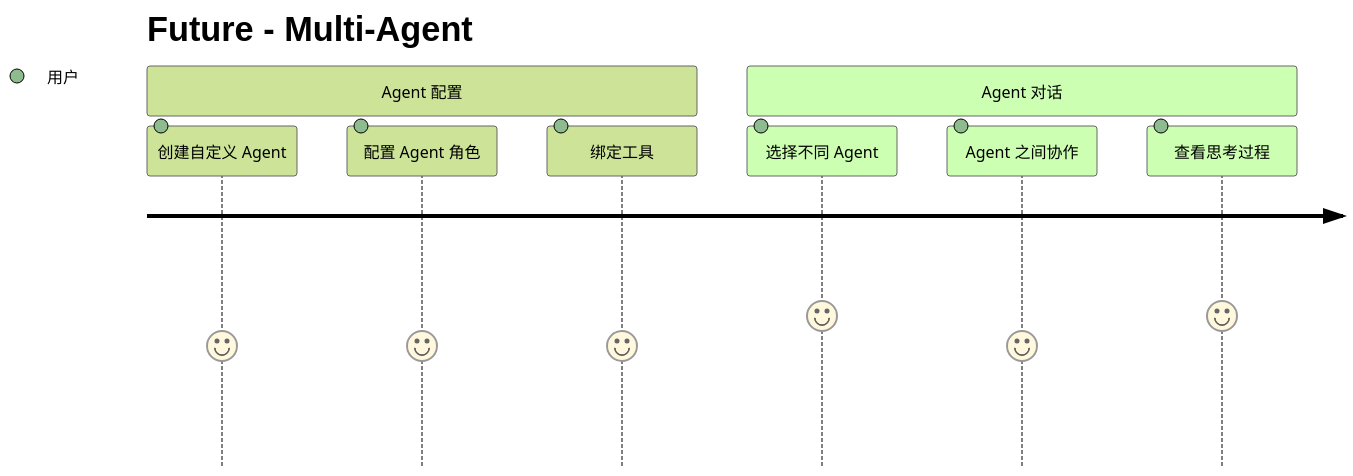
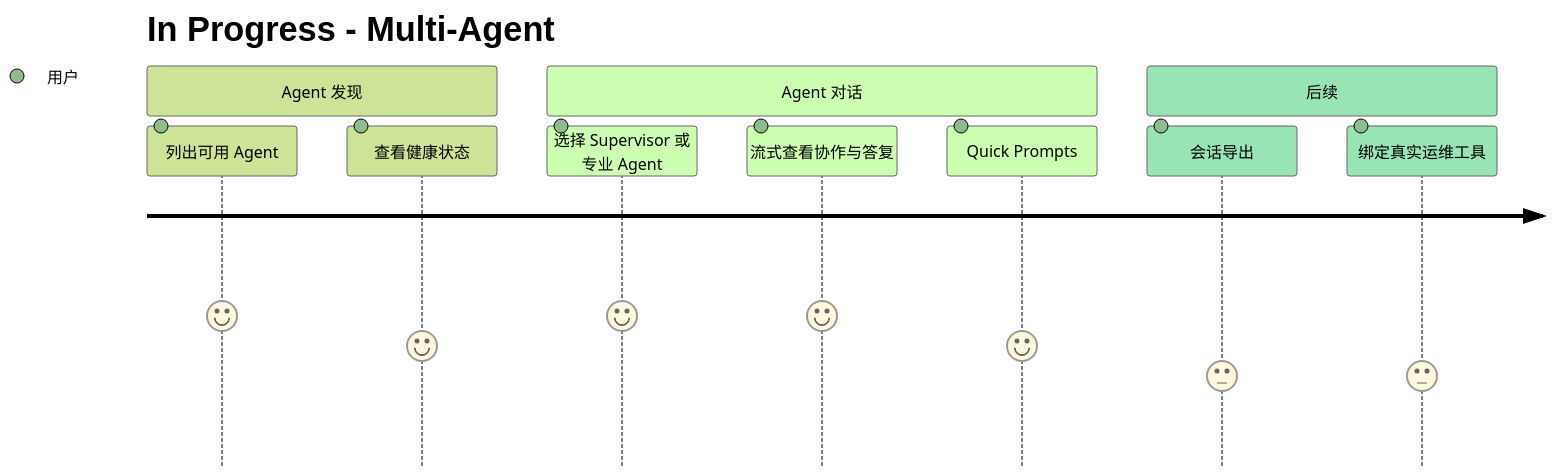
Before and after one commit to felixzhu97/explore-ai: diagram 15 of 16 in docs/User-Story-Map.md, drawn with Mermaid (forest theme). The commit also changed other lines of this file and 36 other files, not shown here.

First line of the commit message:
feat: add multi-agent supervisor orchestration core

````diff
--- a/docs/User-Story-Map.md
+++ b/docs/User-Story-Map.md
@@ -455,12 +467,14 @@
 ```mermaid
 journey
-    title Future - Multi-Agent
-    section Agent 配置
-        创建自定义 Agent: 4: 用户
-        配置 Agent 角色: 4: 用户
-        绑定工具: 4: 用户
+    title In Progress - Multi-Agent
+    section Agent 发现
+        列出可用 Agent: 5: 用户
+        查看健康状态: 4: 用户
     section Agent 对话
-        选择不同 Agent: 5: 用户
-        Agent 之间协作: 4: 用户
-        查看思考过程: 5: 用户
+        选择 Supervisor 或专业 Agent: 5: 用户
+        流式查看协作与答复: 5: 用户
+        Quick Prompts: 4: 用户
+    section 后续
+        会话导出: 3: 用户
+        绑定真实运维工具: 3: 用户
 ```
````
